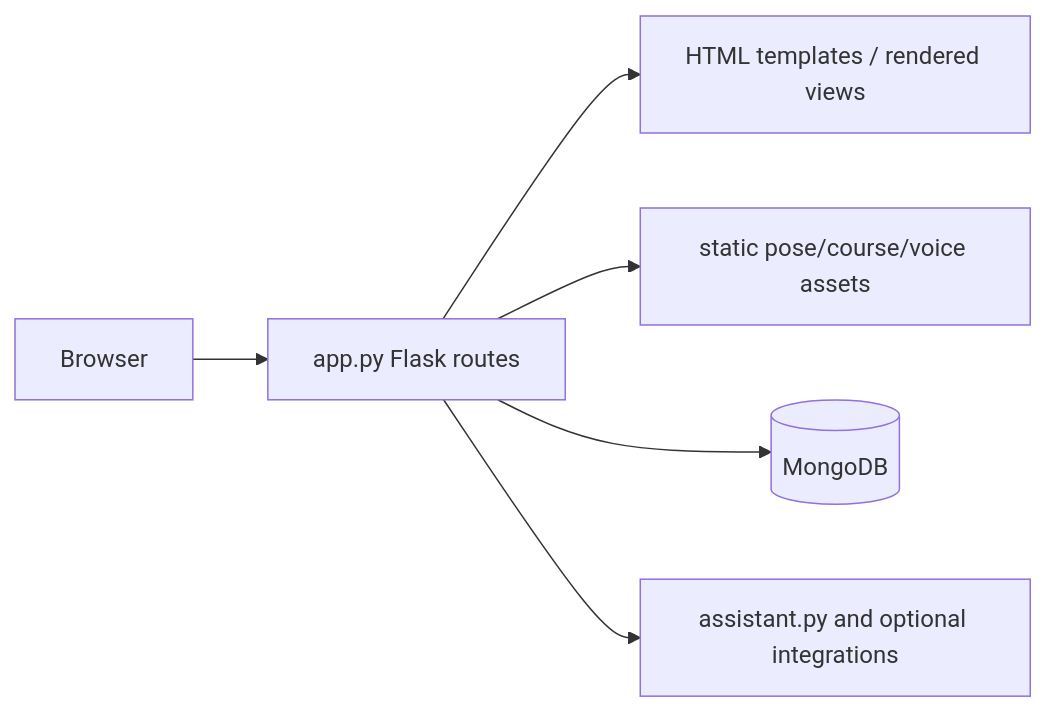
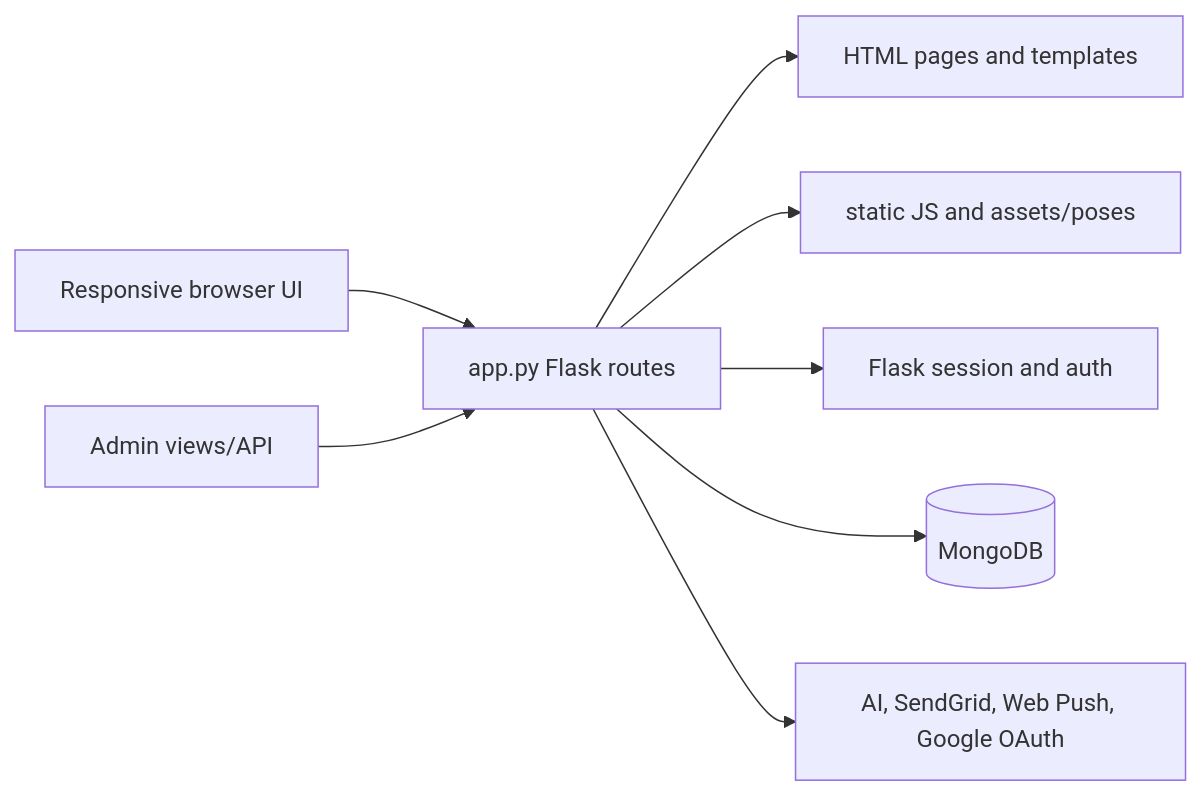
Before and after one commit to Majenayu/AsanaMind: the diagram in README.md, drawn with Mermaid. The commit also changed other lines of this file and 4 other files, not shown here.

````diff
--- a/README.md
+++ b/README.md
@@ -7,8 +16,10 @@
 ```mermaid
 flowchart LR
-  User[Browser] --> Flask[app.py Flask routes]
-  Flask --> Templates[HTML templates / rendered views]
-  Flask --> Static[static pose/course/voice assets]
+  Browser[Responsive browser UI] --> Flask[app.py Flask routes]
+  Flask --> Pages[HTML pages and templates]
+  Flask --> Assets[static JS and assets/poses]
+  Flask --> Session[Flask session and auth]
   Flask --> Mongo[(MongoDB)]
-  Flask --> Assistant[assistant.py and optional integrations]
+  Flask --> Integrations[AI, SendGrid, Web Push, Google OAuth]
+  Admin[Admin views/API] --> Flask
 ```
````
